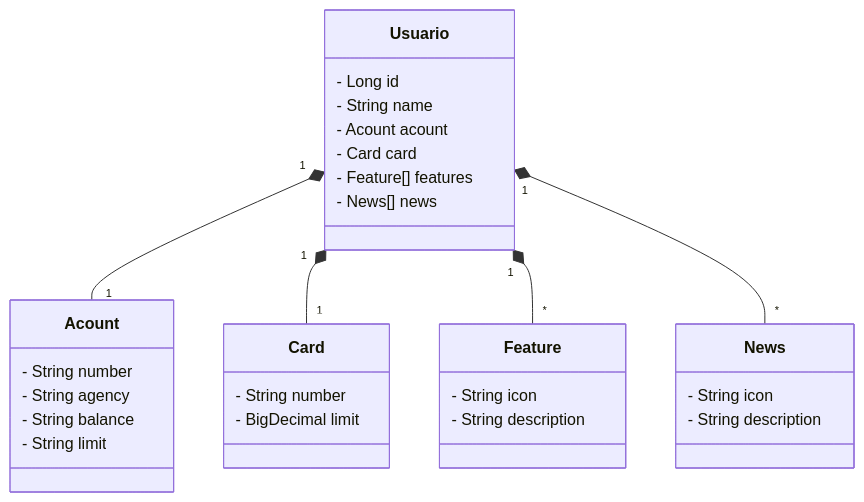
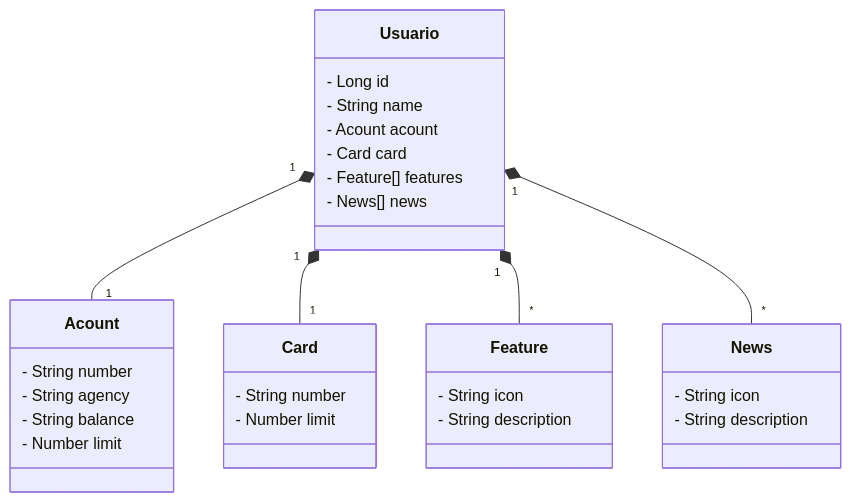
The diagram in README.md (MichaelFonsec/Dev-Week), drawn with Mermaid before and after one commit.

````diff
--- a/README.md
+++ b/README.md
@@ -7,39 +7,39 @@
 ```mermaid
 classDiagram
     class Usuario {
         - Long id
         - String name
         - Acount acount
         - Card card
         - Feature[] features
         - News[] news
     }
 
     class Acount {
         - String number
         - String agency
         - String balance
-        - String limit
+        - Number limit
     }
 
     class Card {
         - String number
-        - BigDecimal limit
+        - Number limit
     }
 
     class Feature {
         - String icon
         - String description
     }
 
     class News {
         - String icon
         - String description
     }
 
     Usuario "1" *-- "1" Acount
     Usuario "1" *-- "1" Card
     Usuario "1" *-- "*" Feature
     Usuario "1" *-- "*" News
 
 ```
````
